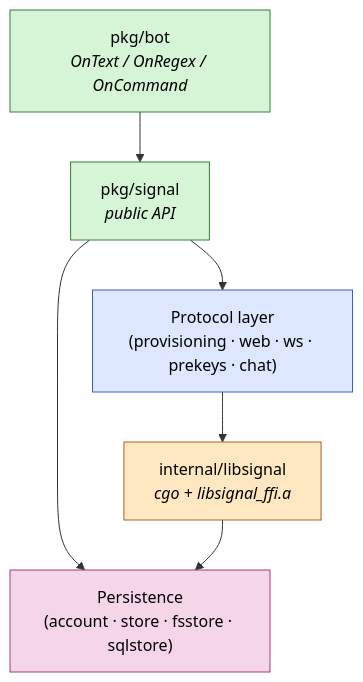
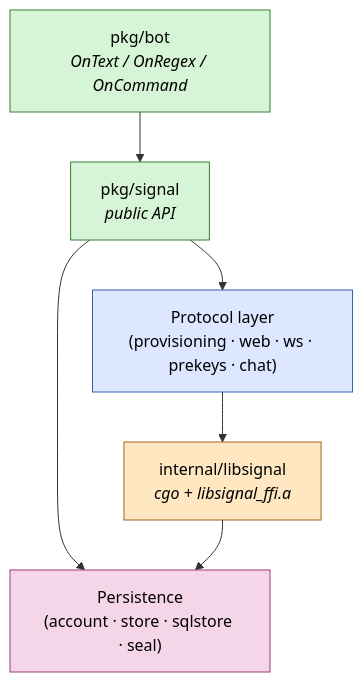
The diagram in README.md (thehappydinoa/signal-go), drawn with Mermaid before and after one commit. The commit also changed 26 other files, not shown here.

First line of the commit message:
Remove fsstore; unify persistence on sqlstore and seal

````diff
--- a/README.md
+++ b/README.md
@@ -108,19 +108,19 @@
 ```mermaid
 flowchart TB
     classDef pub fill:#d6f5d6,stroke:#3a7d3a,color:#000
     classDef proto fill:#dde7ff,stroke:#3a5fb8,color:#000
     classDef crypto fill:#ffe7c2,stroke:#a3661a,color:#000
     classDef store fill:#f5d6e8,stroke:#a13a78,color:#000
 
     pub[pkg/signal<br/><i>public API</i>]:::pub
     bot[pkg/bot<br/><i>OnText / OnRegex / OnCommand</i>]:::pub
     proto["Protocol layer<br/>(provisioning · web · ws · prekeys · chat)"]:::proto
     crypto[internal/libsignal<br/><i>cgo + libsignal_ffi.a</i>]:::crypto
-    store["Persistence<br/>(account · store · fsstore · sqlstore)"]:::store
+    store["Persistence<br/>(account · store · sqlstore · seal)"]:::store
 
     bot --> pub
     pub --> proto
     pub --> store
     proto --> crypto
     crypto --> store
 ```
````
